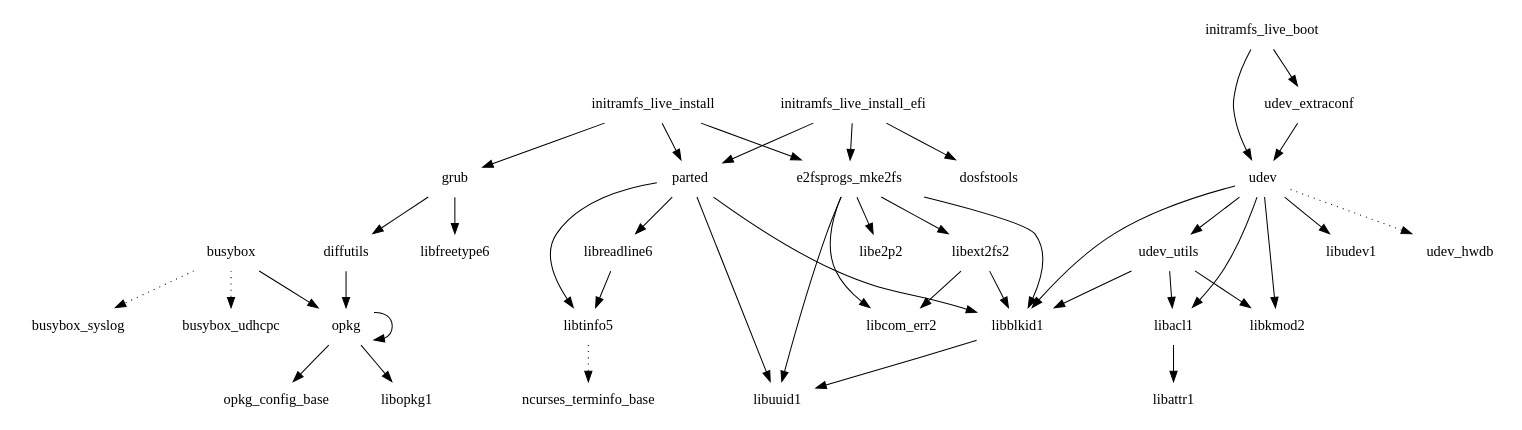
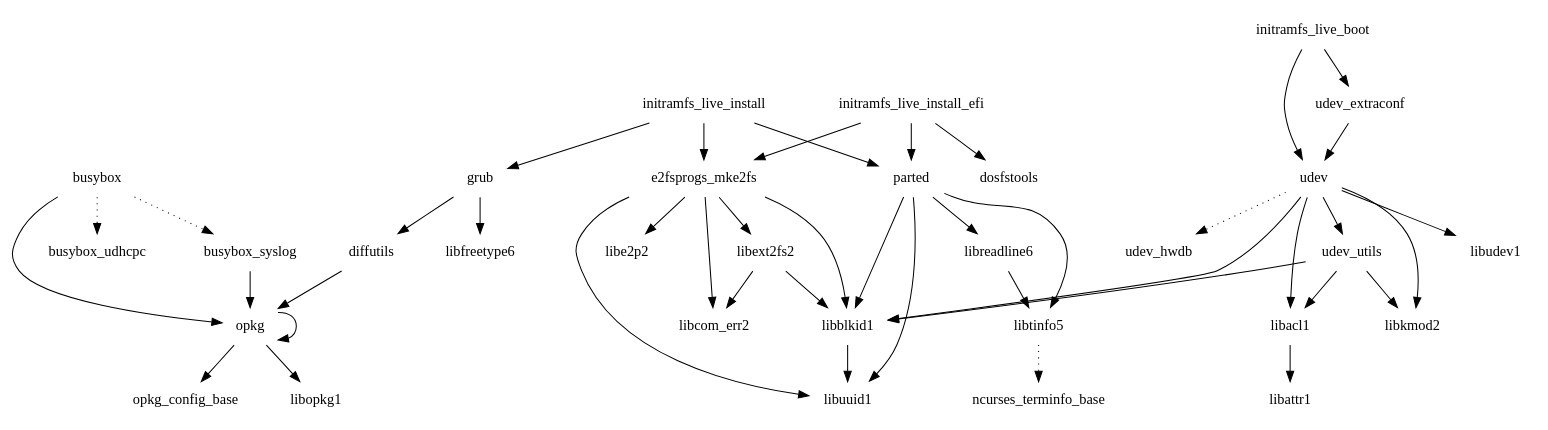
Before and after one commit to Angstrom-distribution/buildhistory: the diagram in images/minnow/eglibc/core-image-minimal-initramfs/depends-nokernel-nolibc-noupdate-nomodules.dot, drawn with Graphviz. The commit also changed 20 other files, not shown here.

```diff
--- a/images/minnow/eglibc/core-image-minimal-initramfs/depends-nokernel-nolibc-noupdate-nomodules.dot
+++ b/images/minnow/eglibc/core-image-minimal-initramfs/depends-nokernel-nolibc-noupdate-nomodules.dot
@@ -1,45 +1,46 @@
 digraph depends {
     node [shape=plaintext]
 busybox -> busybox_syslog [style=dotted];
 busybox -> busybox_udhcpc [style=dotted];
 busybox -> opkg;
+busybox_syslog -> opkg;
 diffutils -> opkg;
 e2fsprogs_mke2fs -> libblkid1;
 e2fsprogs_mke2fs -> libcom_err2;
 e2fsprogs_mke2fs -> libe2p2;
 e2fsprogs_mke2fs -> libext2fs2;
 e2fsprogs_mke2fs -> libuuid1;
 grub -> diffutils;
 grub -> libfreetype6;
 initramfs_live_boot -> udev;
 initramfs_live_boot -> udev_extraconf;
 initramfs_live_install -> e2fsprogs_mke2fs;
 initramfs_live_install -> grub;
 initramfs_live_install -> parted;
 initramfs_live_install_efi -> dosfstools;
 initramfs_live_install_efi -> e2fsprogs_mke2fs;
 initramfs_live_install_efi -> parted;
 libacl1 -> libattr1;
 libblkid1 -> libuuid1;
 libext2fs2 -> libblkid1;
 libext2fs2 -> libcom_err2;
 libreadline6 -> libtinfo5;
 libtinfo5 -> ncurses_terminfo_base [style=dotted];
 opkg -> libopkg1;
 opkg -> opkg;
 opkg -> opkg_config_base;
 parted -> libblkid1;
 parted -> libreadline6;
 parted -> libtinfo5;
 parted -> libuuid1;
 udev -> libacl1;
 udev -> libblkid1;
 udev -> libkmod2;
 udev -> libudev1;
 udev -> udev_hwdb [style=dotted];
 udev -> udev_utils;
 udev_extraconf -> udev;
 udev_utils -> libacl1;
 udev_utils -> libblkid1;
 udev_utils -> libkmod2;
 }
```
